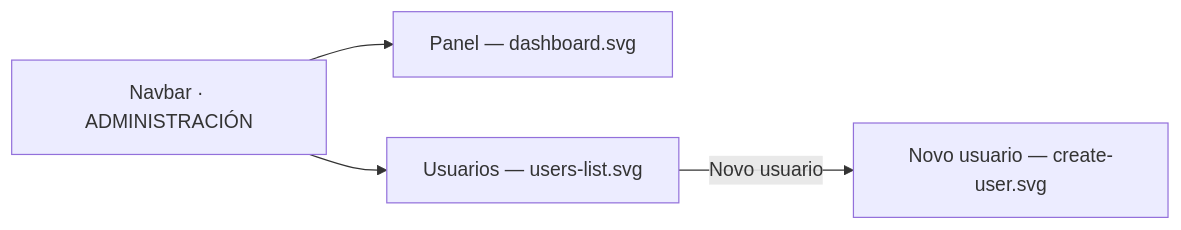
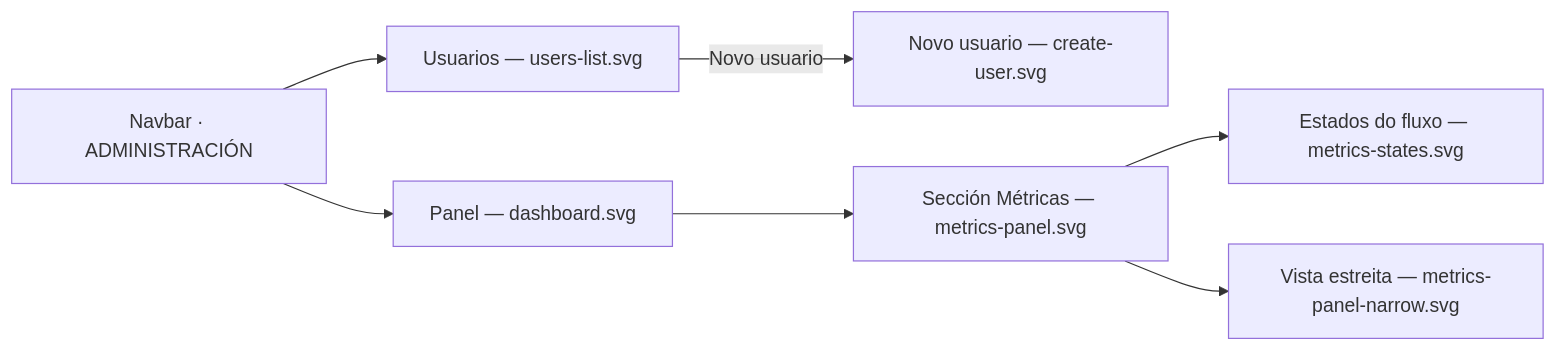
One commit to earelin/conxugal changed the diagram in docs/design/administration-area/README.md. Above: the diagram before and after it, drawn with Mermaid. The commit also changed other lines of this file and 16 other files, not shown here.

````diff
--- a/docs/design/administration-area/README.md
+++ b/docs/design/administration-area/README.md
@@ -21,6 +25,9 @@
 ```mermaid
 flowchart LR
     nav["Navbar · ADMINISTRACIÓN"] --> panel["Panel — dashboard.svg"]
     nav --> users["Usuarios — users-list.svg"]
     users -->|Novo usuario| create["Novo usuario — create-user.svg"]
+    panel --> metrics["Sección Métricas — metrics-panel.svg"]
+    metrics --> states["Estados do fluxo — metrics-states.svg"]
+    metrics --> narrow["Vista estreita — metrics-panel-narrow.svg"]
 ```
````
